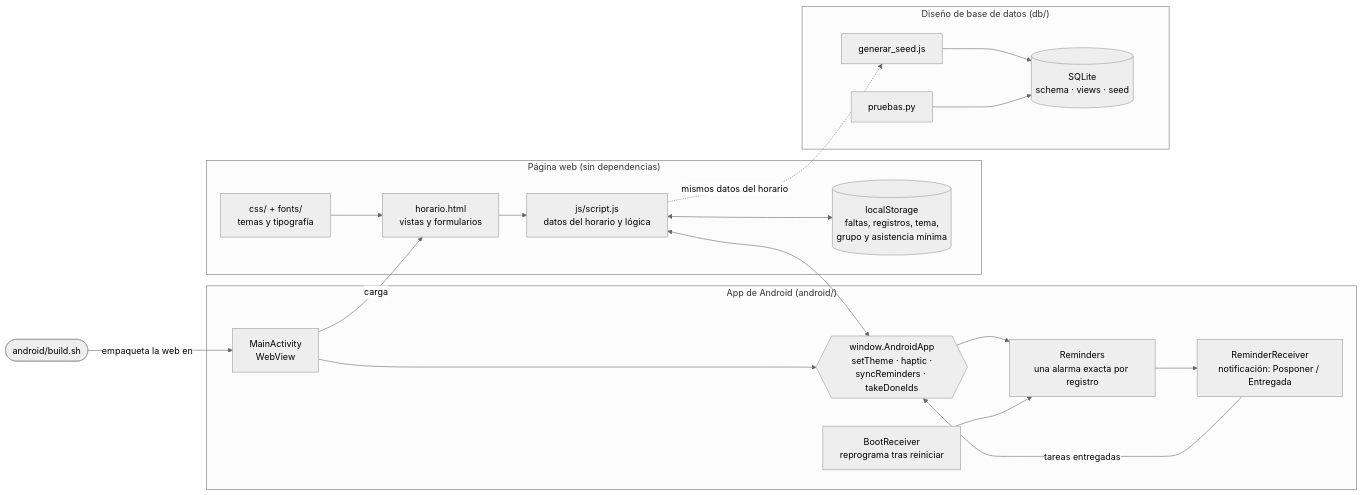
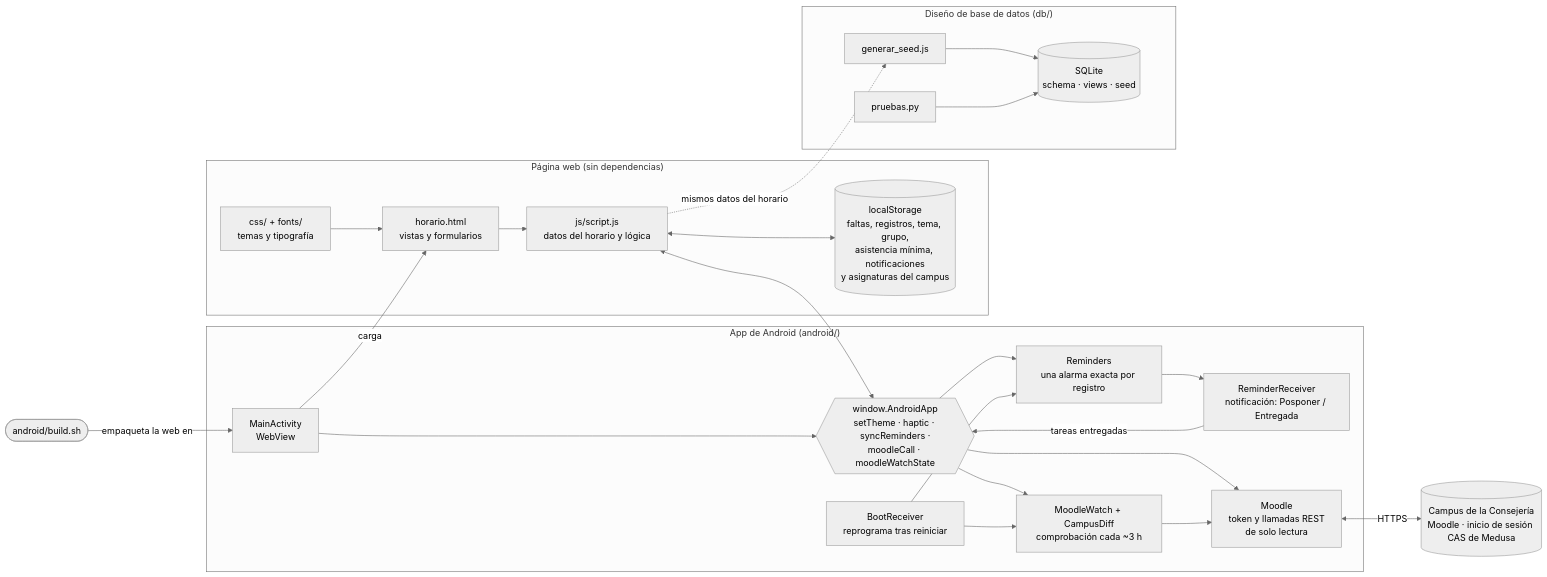
Before and after one commit to gavrizip/horario-semipresencial-cifp-cm: the diagram in README.md, drawn with Mermaid (neutral theme). The commit also changed other lines of this file, not shown here.

Commit message:
docs: README al día con el campus, las notificaciones y los últimos cambios

````diff
--- a/README.md
+++ b/README.md
@@ -18,38 +32,47 @@
 ```mermaid
 flowchart LR
   subgraph web["Página web (sin dependencias)"]
     html["horario.html<br/>vistas y formularios"]
     js["js/script.js<br/>datos del horario y lógica"]
     css["css/ + fonts/<br/>temas y tipografía"]
-    ls[("localStorage<br/>faltas, registros, tema,<br/>grupo y asistencia mínima")]
+    ls[("localStorage<br/>faltas, registros, tema, grupo,<br/>asistencia mínima, notificaciones<br/>y asignaturas del campus")]
     html --> js
     css --> html
     js <--> ls
   end
 
   subgraph android["App de Android (android/)"]
     main["MainActivity<br/>WebView"]
-    bridge{{"window.AndroidApp<br/>setTheme · haptic ·<br/>syncReminders · takeDoneIds"}}
+    bridge{{"window.AndroidApp<br/>setTheme · haptic · syncReminders ·<br/>moodleCall · moodleWatchState"}}
     rem["Reminders<br/>una alarma exacta por registro"]
     recv["ReminderReceiver<br/>notificación: Posponer / Entregada"]
+    moodle["Moodle<br/>token y llamadas REST<br/>de solo lectura"]
+    watch["MoodleWatch + CampusDiff<br/>comprobación cada ~3 h"]
     boot["BootReceiver<br/>reprograma tras reiniciar"]
     main --> bridge
     bridge --> rem
     rem --> recv
+    bridge --> moodle
+    bridge --> watch
+    watch --> moodle
     boot --> rem
+    boot --> watch
     recv -- "tareas entregadas" --> bridge
   end
+
+  campus[("Campus de la Consejería<br/>Moodle · inicio de sesión CAS de Medusa")]
+  moodle <-- "HTTPS" --> campus
 
   subgraph db["Diseño de base de datos (db/)"]
     gen["generar_seed.js"]
     sql[("SQLite<br/>schema · views · seed")]
     tests["pruebas.py"]
     gen --> sql
     tests --> sql
   end
 
   build(["android/build.sh"]) -- "empaqueta la web en" --> main
   main -- "carga" --> html
   js <--> bridge
   js -. mismos datos del horario .-> gen
 ```
````
